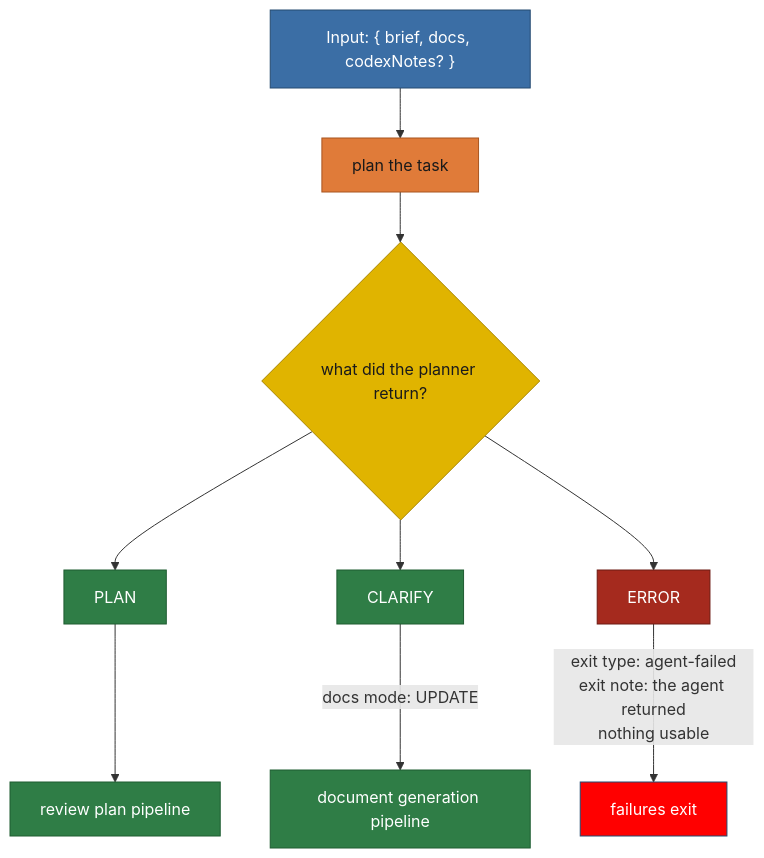
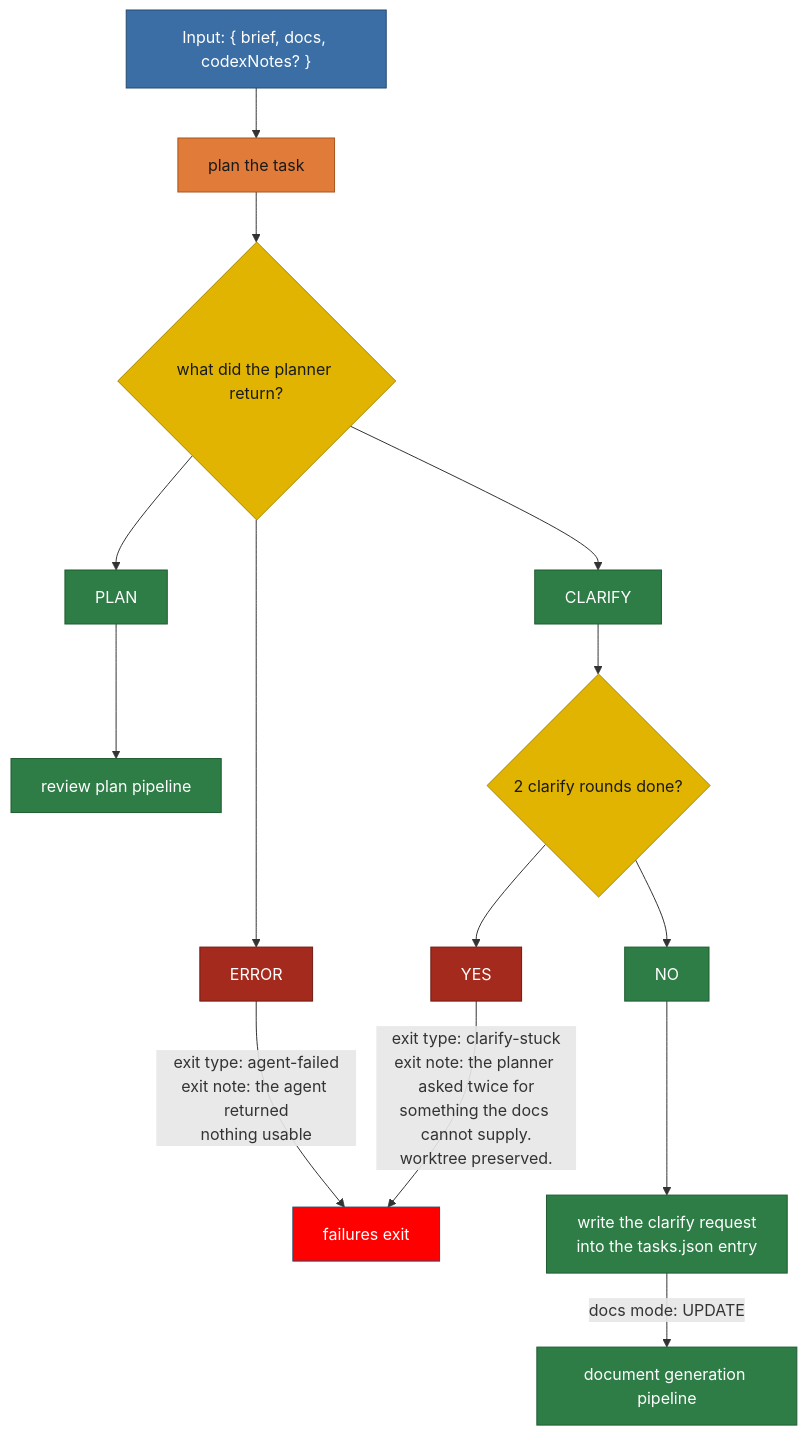
Before and after one commit to matkatmusic/taskTools: the diagram in plans/diagram/pipeline-plan.mmd, drawn with Mermaid. The commit also changed 9 other files, not shown here.

Commit message:
updated pipeline diagrams after codex review #1

```diff
--- a/plans/diagram/pipeline-plan.mmd
+++ b/plans/diagram/pipeline-plan.mmd
@@ -1,59 +1,77 @@
 flowchart TB
 %% PLAN PIPELINE. Split from pipeline-planning.mmd.
 %% Input: a task entry and the auto generated docs, from the document generation
 %% pipeline.
 %% One job: turn the tasks.json entry into a plan file.
 %% Starts at "plan the task". Ends with a draft plan, back in document
 %% generation, or with an exit.
 %% Rules that apply everywhere, not steps:
 %%   1. Every read and write of tasks.json is atomic.
 %%   2. The planner reads the tasks.json entry and the docs, nothing else. That is
 %%      why the review plan pipeline writes codex's notes into the entry before it
 %%      sends the run back here: a bare retry would repeat the first plan's
 %%      mistakes.
 %%   3. A subagent cannot ask the user anything. CLARIFY is how the planner says
 %%      it needs something it was not given - an answer, or a file the entry did
 %%      not list. It goes back to document generation in UPDATE mode so the docs
 %%      are rebuilt to cover it, then the planner runs again.
-%%   4. A script that fails operationally exits the run as run-failed. The task is
+%%   4. The clarify request itself is written into the tasks.json entry before the
+%%      loop turns, for the same reason codex's notes are: the planner reads the
+%%      entry and the docs and nothing else. A bare "rebuild the docs" tells the
+%%      document generation pipeline nothing about WHAT was missing, so it would
+%%      rebuild the same docs and the planner would ask the same question forever.
+%%   5. The loop is capped at 2 clarify rounds, like every other loop in the
+%%      pipeline. There is no user to answer, so a third round cannot learn
+%%      anything a second did not. The cap counts rounds within THIS run only.
+%%   6. A script that fails operationally exits the run as run-failed. The task is
 %%      already active and a worktree already exists here, so the failures exit
 %%      runs in full.
 %% Box definitions where the name alone is not enough:
 %%   what did the planner return?  - three outcomes: PLAN, CLARIFY, ERROR.
 %%                                   ERROR is agent() returning null or garbage.
 %% Exit types this pipeline can produce:
 %%   agent-failed       - an agent returned nothing usable
+%%   clarify-stuck      - the planner asked twice for something the docs cannot
+%%                        supply
 %%   run-failed         - a script failed operationally
 %% run-failed is deliberately not drawn as an edge out of every box. It can leave
 %% ANY green box, so drawing it would add one edge per box and hide the flow.
 %% The draft plan this pipeline emits is the input to the review plan pipeline.
 %% The review plan pipeline re-enters here when codex does not accept the plan.
 
   DOCS_INPUT["Input: { brief, docs, codexNotes? }"] --> PLAN_THE_TASK
   PLAN_THE_TASK["plan the task"] --> WHAT_DID_THE_PLANNER_RETURN{"what did the planner return?"}
   WHAT_DID_THE_PLANNER_RETURN --> PLANNER_RETURNED_PLAN["PLAN"]
   WHAT_DID_THE_PLANNER_RETURN --> PLANNER_RETURNED_CLARIFY["CLARIFY"]
   WHAT_DID_THE_PLANNER_RETURN --> PLANNER_RETURNED_ERROR["ERROR"]
 
   PLANNER_RETURNED_PLAN --> REVIEW_PLAN_PIPELINE["review plan pipeline"]
-  PLANNER_RETURNED_CLARIFY -- "docs mode: UPDATE" --> DOCUMENT_GENERATION_PIPELINE["document generation pipeline"]
   PLANNER_RETURNED_ERROR -- "exit type: agent-failed<br/>exit note: the agent returned<br/>nothing usable" --> EXIT_WORKFLOW
+
+  PLANNER_RETURNED_CLARIFY --> ARE_2_CLARIFY_ROUNDS_DONE{"2 clarify rounds done?"}
+  ARE_2_CLARIFY_ROUNDS_DONE --> ARE_2_CLARIFY_ROUNDS_DONE_NO["NO"]
+  ARE_2_CLARIFY_ROUNDS_DONE --> ARE_2_CLARIFY_ROUNDS_DONE_YES["YES"]
+  ARE_2_CLARIFY_ROUNDS_DONE_NO --> WRITE_CLARIFY_REQUEST["write the clarify request<br/>into the tasks.json entry"]
+  WRITE_CLARIFY_REQUEST -- "docs mode: UPDATE" --> DOCUMENT_GENERATION_PIPELINE["document generation pipeline"]
+  ARE_2_CLARIFY_ROUNDS_DONE_YES -- "exit type: clarify-stuck<br/>exit note: the planner asked twice for<br/>something the docs cannot supply.<br/>worktree preserved." --> EXIT_WORKFLOW
 
   EXIT_WORKFLOW["failures exit"]
 
   %% pass/nopass: green is the branch that keeps heading for the next pipeline,
   %% red is the branch that ends in an exit.
   classDef pipeline fill:#2f7d46,stroke:#1e5c31,color:#ffffff
+  classDef script fill:#2f7d46,stroke:#1e5c31,color:#ffffff
   classDef agent fill:#e07b39,stroke:#a8541f,color:#1a1a1a
   classDef decision fill:#e0b400,stroke:#a88600,color:#1a1a1a
   classDef output fill:#3b6ea5,stroke:#254a70,color:#ffffff
   classDef fail fill:red,stroke:#254a70,color:#ffffff
   classDef pass fill:#2f7d46,stroke:#1e5c31,color:#ffffff
   classDef nopass fill:#a52a1e,stroke:#6d1a12,color:#ffffff
-  class WHAT_DID_THE_PLANNER_RETURN decision
+  class WHAT_DID_THE_PLANNER_RETURN,ARE_2_CLARIFY_ROUNDS_DONE decision
   class PLAN_THE_TASK agent
+  class WRITE_CLARIFY_REQUEST script
   class REVIEW_PLAN_PIPELINE,DOCUMENT_GENERATION_PIPELINE pipeline
-  class PLANNER_RETURNED_PLAN,PLANNER_RETURNED_CLARIFY pass
-  class PLANNER_RETURNED_ERROR nopass
+  class PLANNER_RETURNED_PLAN,PLANNER_RETURNED_CLARIFY,ARE_2_CLARIFY_ROUNDS_DONE_NO pass
+  class PLANNER_RETURNED_ERROR,ARE_2_CLARIFY_ROUNDS_DONE_YES nopass
   class EXIT_WORKFLOW fail
   class DOCS_INPUT output
```
